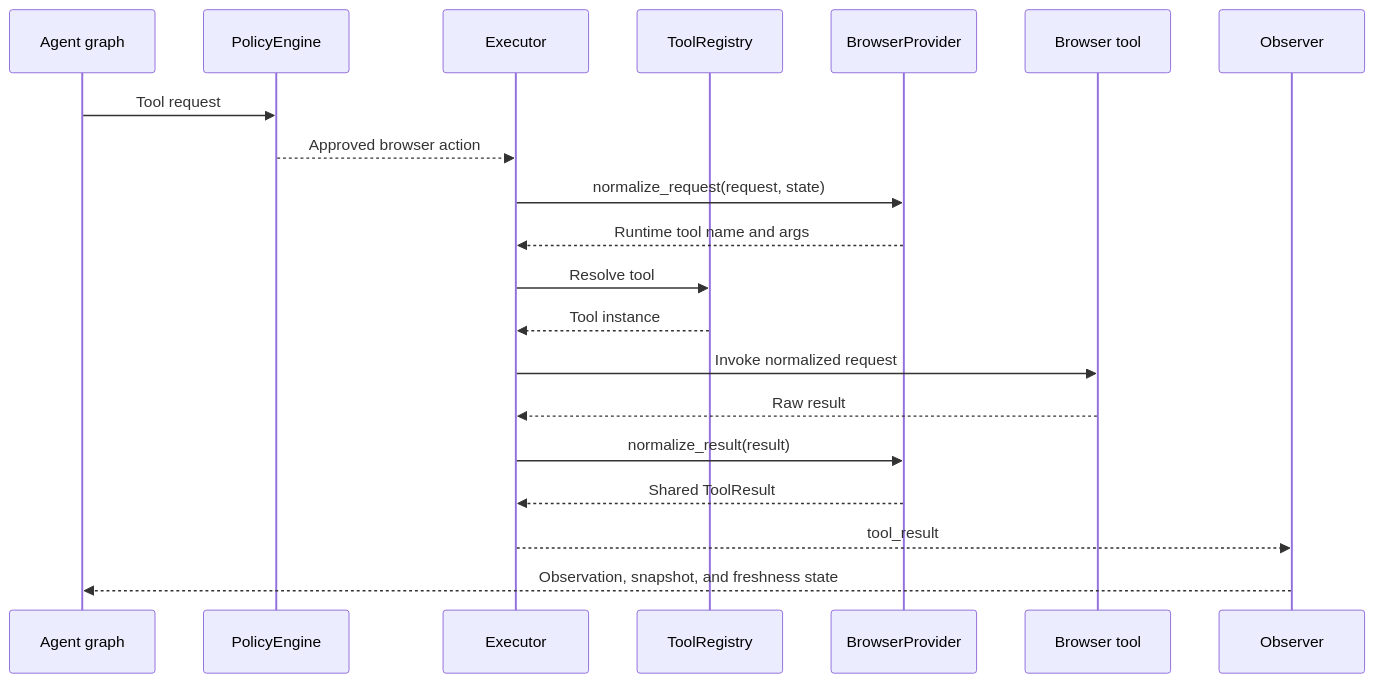
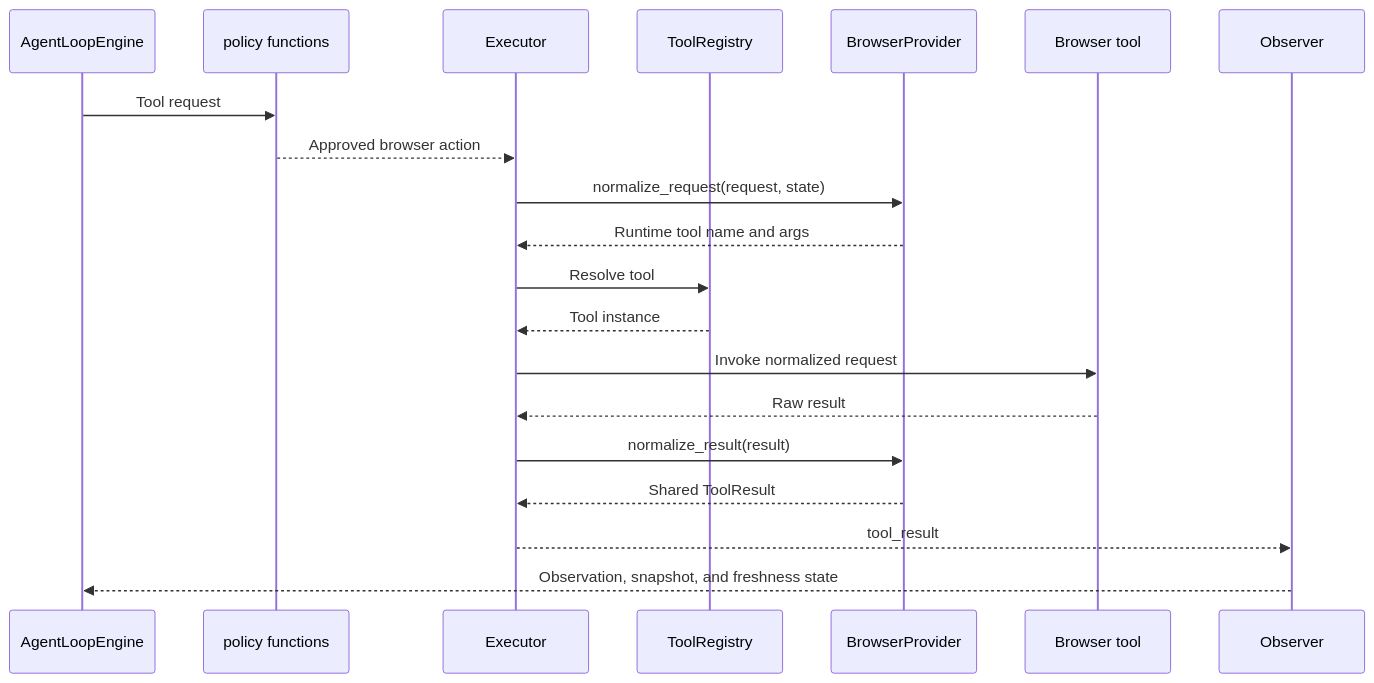
The diagram in docs/diagrams/browser-provider-boundary.md (Hastur456/AutoBrowser), drawn with Mermaid before and after one commit. The commit also changed other lines of this file and 39 other files, not shown here.

````diff
--- a/docs/diagrams/browser-provider-boundary.md
+++ b/docs/diagrams/browser-provider-boundary.md
@@ -7,23 +7,23 @@
 ```mermaid
 sequenceDiagram
-  participant Agent as Agent graph
-  participant Policy as PolicyEngine
+  participant Agent as AgentLoopEngine
+  participant Policy as policy functions
   participant Executor
   participant Registry as ToolRegistry
   participant Provider as BrowserProvider
   participant Tool as Browser tool
   participant Observer
 
   Agent->>Policy: Tool request
   Policy-->>Executor: Approved browser action
   Executor->>Provider: normalize_request(request, state)
   Provider-->>Executor: Runtime tool name and args
   Executor->>Registry: Resolve tool
   Registry-->>Executor: Tool instance
   Executor->>Tool: Invoke normalized request
   Tool-->>Executor: Raw result
   Executor->>Provider: normalize_result(result)
   Provider-->>Executor: Shared ToolResult
   Executor-->>Observer: tool_result
   Observer-->>Agent: Observation, snapshot, and freshness state
 ```
````
